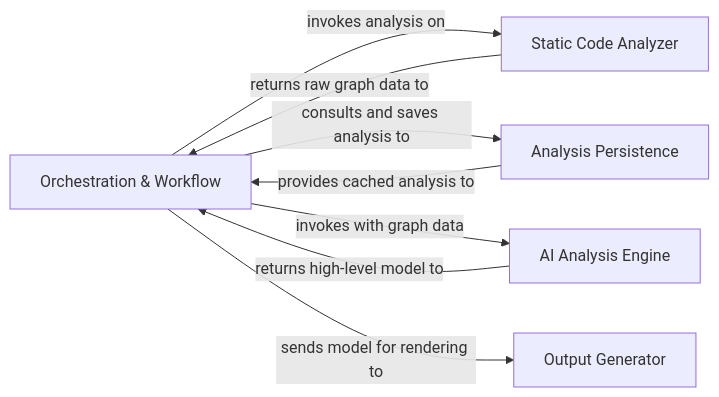
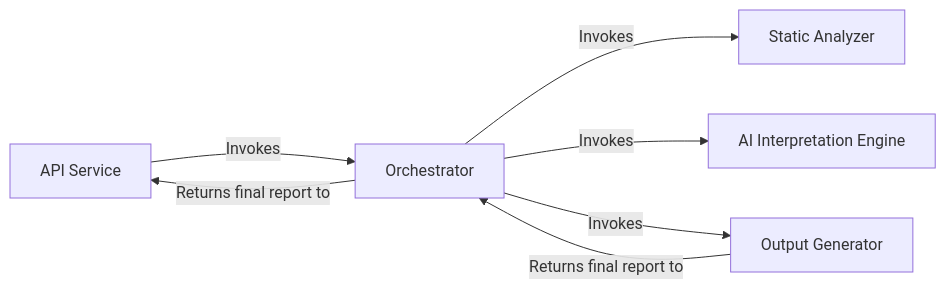
One commit to mariyam866/CodeBoarding changed the first of 4 diagrams in README.md. Above: the diagram before and after it, drawn with Mermaid. The commit also changed other lines of this file, not shown here.

````diff
--- a/README.md
+++ b/README.md
@@ -23,18 +23,19 @@
 ```mermaid
 graph LR
-    Orchestration_Workflow["Orchestration & Workflow"]
-    Static_Code_Analyzer["Static Code Analyzer"]
-    AI_Analysis_Engine["AI Analysis Engine"]
-    Analysis_Persistence["Analysis Persistence"]
+    API_Service["API Service"]
+    Orchestrator["Orchestrator"]
+    Static_Analyzer["Static Analyzer"]
+    AI_Interpretation_Engine["AI Interpretation Engine"]
     Output_Generator["Output Generator"]
-    Orchestration_Workflow -- " invokes analysis on " --> Static_Code_Analyzer
-    Static_Code_Analyzer -- " returns raw graph data to " --> Orchestration_Workflow
-    Orchestration_Workflow -- " consults and saves analysis to " --> Analysis_Persistence
-    Analysis_Persistence -- " provides cached analysis to " --> Orchestration_Workflow
-    Orchestration_Workflow -- " invokes with graph data " --> AI_Analysis_Engine
-    AI_Analysis_Engine -- " returns high-level model to " --> Orchestration_Workflow
-    Orchestration_Workflow -- " sends model for rendering to " --> Output_Generator
-    click Orchestration_Workflow href "https://github.com/CodeBoarding/CodeBoarding/tree/main/.codeboarding/Orchestration_Workflow.md" "Details"
-    click Static_Code_Analyzer href "https://github.com/CodeBoarding/CodeBoarding/tree/main/.codeboarding/Static_Code_Analyzer.md" "Details"
-    click AI_Analysis_Engine href "https://github.com/CodeBoarding/CodeBoarding/tree/main/.codeboarding/AI_Analysis_Engine.md" "Details"
+    API_Service -- "Invokes" --> Orchestrator
+    Orchestrator -- "Invokes" --> Static_Analyzer
+    Orchestrator -- "Invokes" --> AI_Interpretation_Engine
+    Orchestrator -- "Invokes" --> Output_Generator
+    Output_Generator -- "Returns final report to" --> Orchestrator
+    Orchestrator -- "Returns final report to" --> API_Service
+    click API_Service href "https://github.com/CodeBoarding/CodeBoarding/blob/main/.codeboarding/API_Service.md" "Details"
+    click Orchestrator href "https://github.com/CodeBoarding/CodeBoarding/blob/main/.codeboarding/Orchestrator.md" "Details"
+    click Static_Analyzer href "https://github.com/CodeBoarding/CodeBoarding/blob/main/.codeboarding/Static_Analyzer.md" "Details"
+    click AI_Interpretation_Engine href "https://github.com/CodeBoarding/CodeBoarding/blob/main/.codeboarding/AI_Interpretation_Engine.md" "Details"
+    click Output_Generator href "https://github.com/CodeBoarding/CodeBoarding/blob/main/.codeboarding/Output_Generator.md" "Details"
 ```
````
